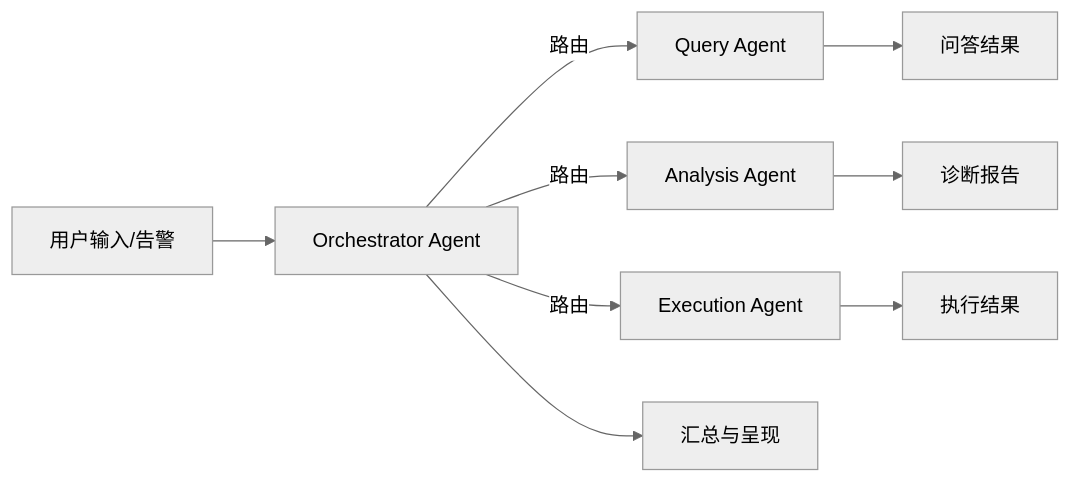
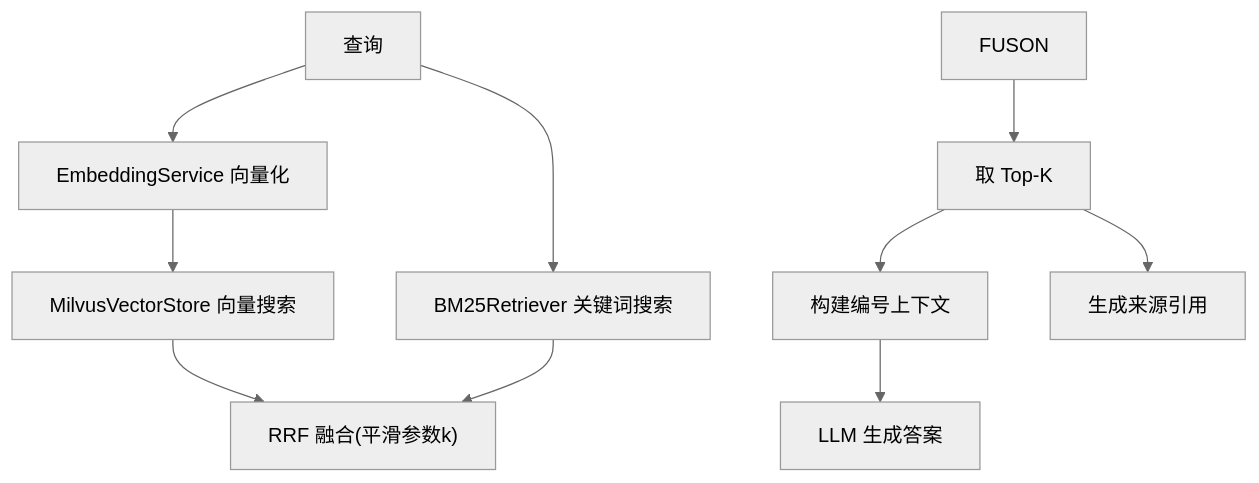
One commit to lyyzzz6/AIops changed the sixth of 7 diagrams in .qoder/repowiki/zh/content/项目概述/核心功能特性.md. Above: the diagram before and after it, drawn with Mermaid (neutral theme). The commit also changed other lines of this file and 371 other files, not shown here.

````diff
--- a/.qoder/repowiki/zh/content/项目概述/核心功能特性.md
+++ b/.qoder/repowiki/zh/content/项目概述/核心功能特性.md
@@ -212,11 +296,12 @@
 ```mermaid
-graph LR
-U["用户输入/告警"] --> ORCH["Orchestrator Agent"]
-ORCH --> |路由| QA["Query Agent"]
-ORCH --> |路由| AA["Analysis Agent"]
-ORCH --> |路由| EA["Execution Agent"]
-QA --> OUT["问答结果"]
-AA --> DIAG["诊断报告"]
-EA --> EXEC["执行结果"]
-ORCH --> MERGE["汇总与呈现"]
+flowchart TD
+Q["查询"] --> EMB["EmbeddingService 向量化"]
+EMB --> VEC["MilvusVectorStore 向量搜索"]
+Q --> BM["BM25Retriever 关键词搜索"]
+VEC --> FUSION["RRF 融合(平滑参数k)"]
+BM --> FUSION
+FUSON --> TOPK["取 Top-K"]
+TOPK --> CTX["构建编号上下文"]
+CTX --> LLM["LLM 生成答案"]
+TOPK --> CIT["生成来源引用"]
 ```
````
